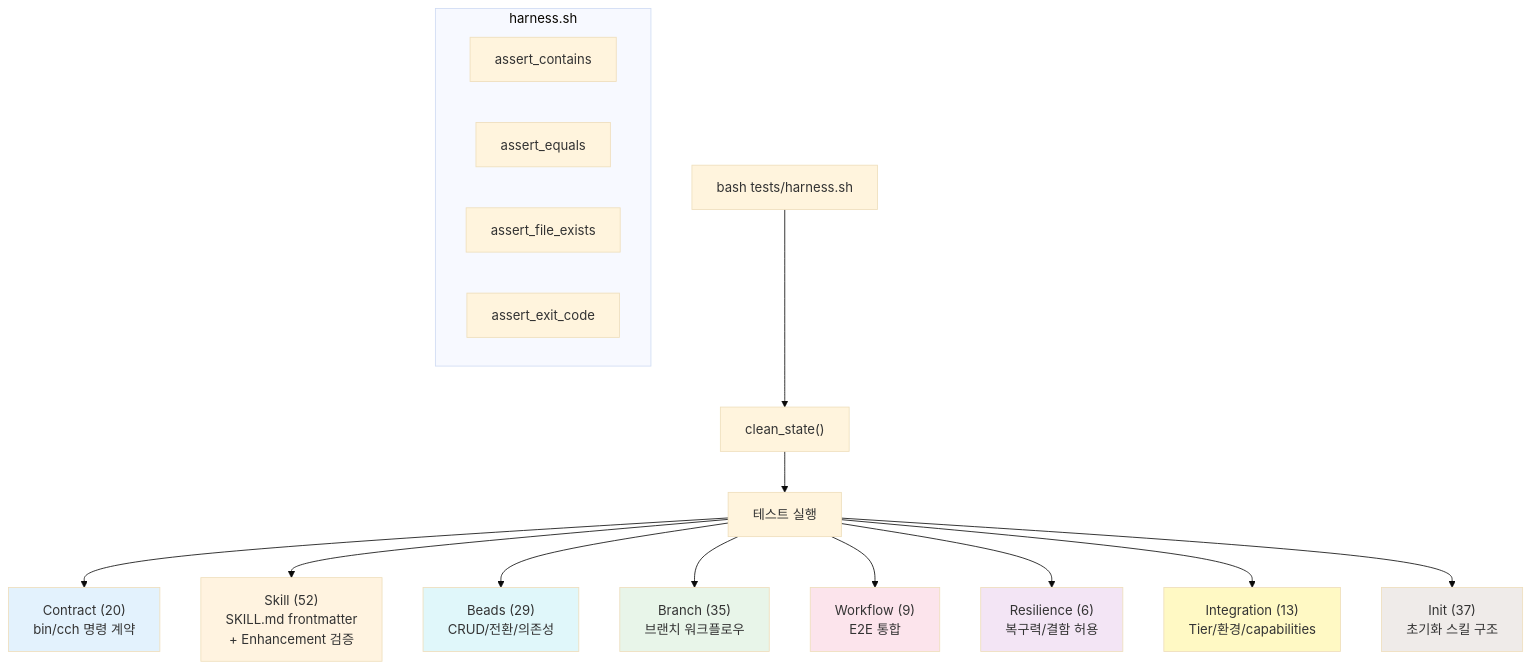
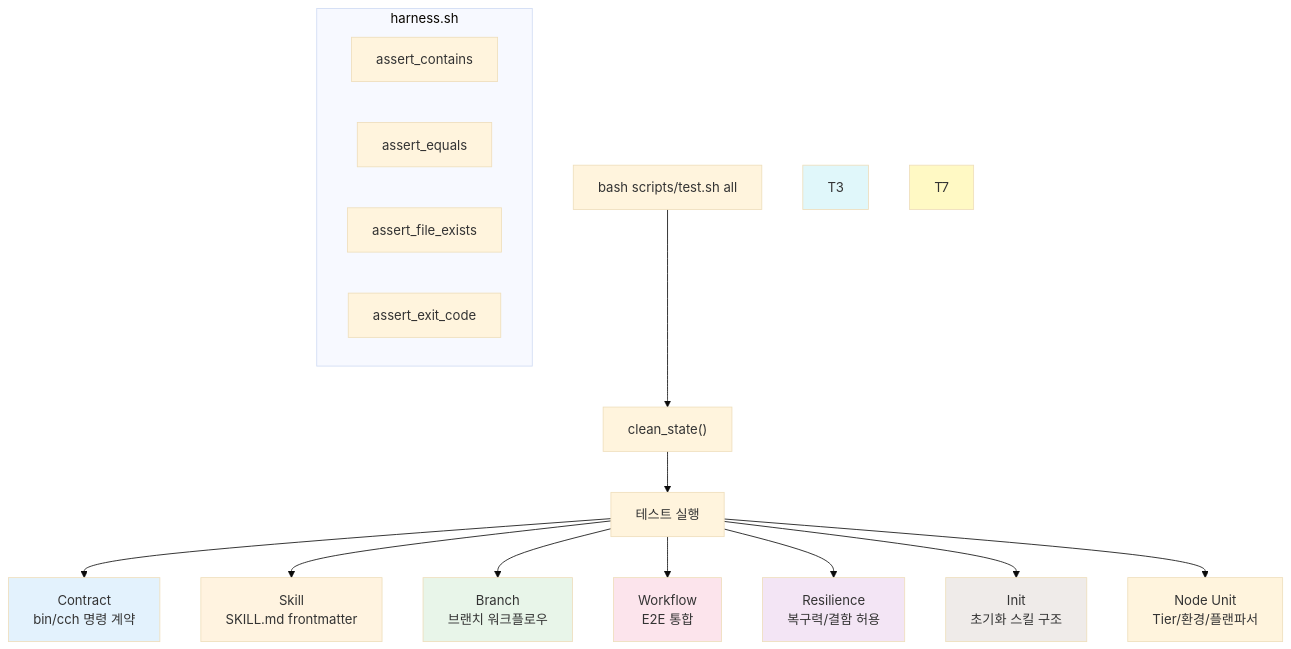
One commit to skdkfk8758/claude-code-harness changed diagram 17 of 17 in docs/diagrams/cch-workflows.md. Above: the diagram before and after it, drawn with Mermaid (base theme). The commit also changed other lines of this file and 1 other file, not shown here.

First line of the commit message:
docs: update workflow diagrams for v3, archive plugin reference

````diff
--- a/docs/diagrams/cch-workflows.md
+++ b/docs/diagrams/cch-workflows.md
@@ -858,30 +795,29 @@
 ```mermaid
 flowchart TD
-    RUNNER["bash tests/harness.sh"] --> CLEAN["clean_state()"]
+    RUNNER["bash scripts/test.sh all"] --> CLEAN["clean_state()"]
     CLEAN --> TESTS["테스트 실행"]
 
-    TESTS --> T1["Contract (20)<br/>bin/cch 명령 계약"]
-    TESTS --> T2["Skill (52)<br/>SKILL.md frontmatter<br/>+ Enhancement 검증"]
-    TESTS --> T3["Beads (29)<br/>CRUD/전환/의존성"]
-    TESTS --> T4["Branch (35)<br/>브랜치 워크플로우"]
-    TESTS --> T5["Workflow (9)<br/>E2E 통합"]
-    TESTS --> T6["Resilience (6)<br/>복구력/결함 허용"]
-    TESTS --> T7["Integration (13)<br/>Tier/환경/capabilities"]
-    TESTS --> T8["Init (37)<br/>초기화 스킬 구조"]
+    TESTS --> T1["Contract<br/>bin/cch 명령 계약"]
+    TESTS --> T2["Skill<br/>SKILL.md frontmatter"]
+    TESTS --> T4["Branch<br/>브랜치 워크플로우"]
+    TESTS --> T5["Workflow<br/>E2E 통합"]
+    TESTS --> T6["Resilience<br/>복구력/결함 허용"]
+    TESTS --> T8["Init<br/>초기화 스킬 구조"]
+    TESTS --> T9["Node Unit<br/>Tier/환경/플랜파서"]
 
     subgraph Harness["harness.sh"]
         A1["assert_contains"]
         A2["assert_equals"]
         A3["assert_file_exists"]
         A4["assert_exit_code"]
     end
 
     style T1 fill:#E3F2FD
     style T2 fill:#FFF3E0
     style T3 fill:#E0F7FA
     style T4 fill:#E8F5E9
     style T5 fill:#FCE4EC
     style T6 fill:#F3E5F5
     style T7 fill:#FFF9C4
     style T8 fill:#EFEBE9
 ```
````
